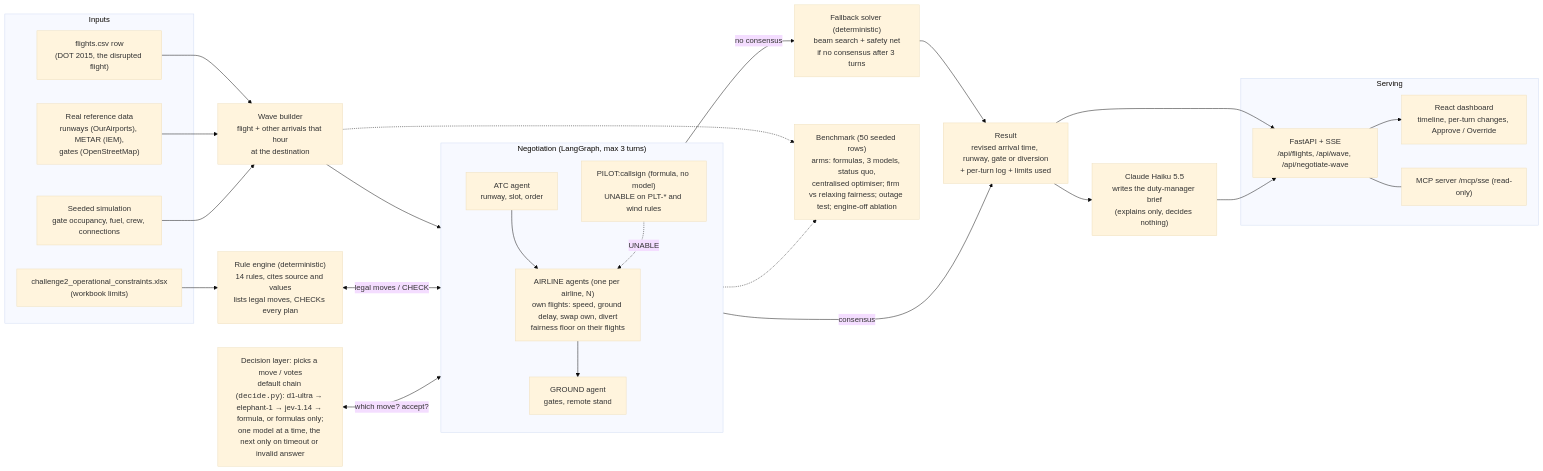
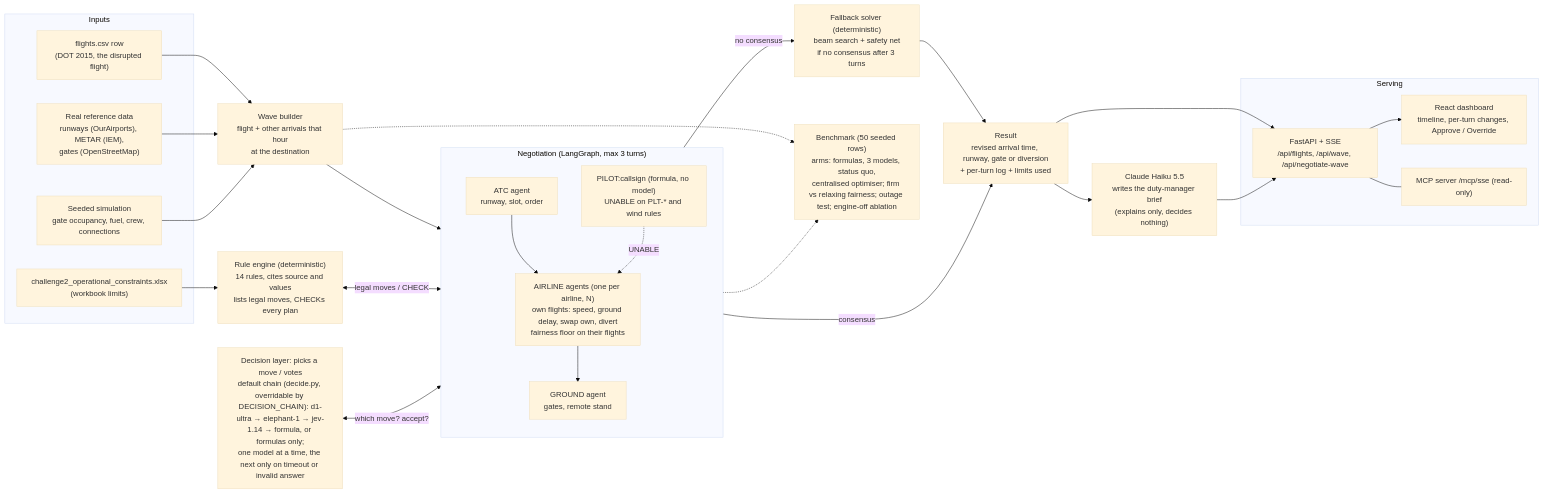
One commit to zhihaohong52/final_approach changed the first of 2 diagrams in README.md. Above: the diagram before and after it, drawn with Mermaid (base theme). The commit also changed other lines of this file and 2 other files, not shown here.

First line of the commit message:
docs: fix replay lap counts, diagram default model chain, voter range and UNABLE wording

````diff
--- a/README.md
+++ b/README.md
@@ -65,52 +65,52 @@
 ```mermaid
 flowchart LR
   subgraph DATA["Inputs"]
     F["flights.csv row<br/>(DOT 2015, the disrupted flight)"]
     WB["challenge2_operational_constraints.xlsx<br/>(workbook limits)"]
     REF["Real reference data<br/>runways (OurAirports), METAR (IEM),<br/>gates (OpenStreetMap)"]
     SIM["Seeded simulation<br/>gate occupancy, fuel, crew, connections"]
   end
 
   BUILD["Wave builder<br/>flight + other arrivals that hour<br/>at the destination"]
   F --> BUILD
   REF --> BUILD
   SIM --> BUILD
 
   subgraph NEG["Negotiation (LangGraph, max 3 turns)"]
     direction TB
     ATC["ATC agent<br/>runway, slot, order"]
     AIR["AIRLINE agents (one per airline, N)<br/>own flights: speed, ground delay, swap own, divert<br/>fairness floor on their flights"]
     GND["GROUND agent<br/>gates, remote stand"]
     ATC --> AIR --> GND
     PLT["PILOT:callsign (formula, no model)<br/>UNABLE on PLT-* and wind rules"]
     PLT -.->|"UNABLE"| AIR
   end
 
   ENGINE["Rule engine (deterministic)<br/>14 rules, cites source and values<br/>lists legal moves, CHECKs every plan"]
-  DEC["Decision layer: picks a move / votes<br/>default chain (<code>decide.py</code>): d1-ultra → elephant-1 → jev-1.14 → formula, or formulas only;<br/>one model at a time, the next only on timeout or invalid answer"]
+  DEC["Decision layer: picks a move / votes<br/>default chain (decide.py, overridable by DECISION_CHAIN): d1-ultra → elephant-1 → jev-1.14 → formula, or formulas only;<br/>one model at a time, the next only on timeout or invalid answer"]
   FB["Fallback solver (deterministic)<br/>beam search + safety net<br/>if no consensus after 3 turns"]
   NAR["Claude Haiku 5.5<br/>writes the duty-manager brief<br/>(explains only, decides nothing)"]
 
   BUILD --> NEG
   WB --> ENGINE
   ENGINE <-->|"legal moves / CHECK"| NEG
   DEC <-->|"which move? accept?"| NEG
   NEG -->|"no consensus"| FB
   FB --> OUT
   NEG -->|"consensus"| OUT
   OUT["Result<br/>revised arrival time, runway, gate or diversion<br/>+ per-turn log + limits used"]
   OUT --> NAR
 
   subgraph SERVE["Serving"]
     API["FastAPI + SSE<br/>/api/flights, /api/wave, /api/negotiate-wave"]
     UI["React dashboard<br/>timeline, per-turn changes, Approve / Override"]
     MCP["MCP server /mcp/sse (read-only)"]
   end
   OUT --> API --> UI
   NAR --> API
   API --- MCP
 
   BENCH["Benchmark (50 seeded rows)<br/>arms: formulas, 3 models, status quo,<br/>centralised optimiser; firm vs relaxing fairness; outage test; engine-off ablation"]
   BUILD -.-> BENCH
   NEG -.-> BENCH
 ```
````
